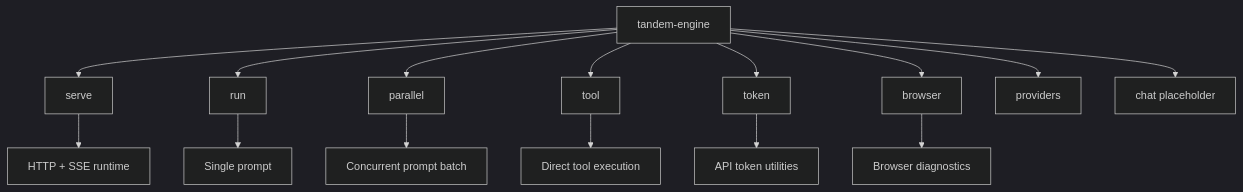
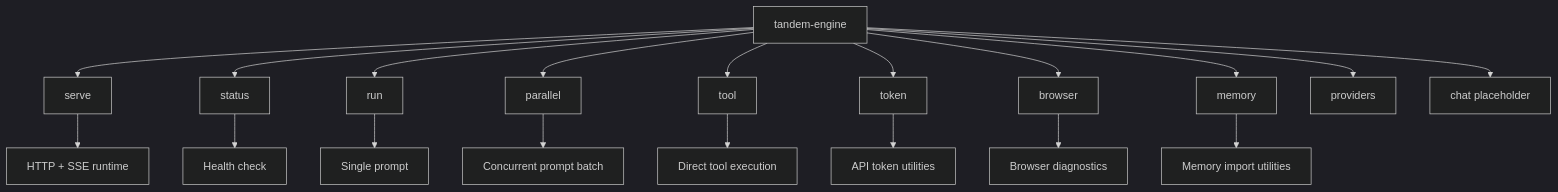
Before and after one commit to szjhtz/tandem: the diagram in guide/src/content/docs/reference/engine-commands.md, drawn with Mermaid (dark theme). The commit also changed other lines of this file and 6 other files, not shown here.

````diff
--- a/guide/src/content/docs/reference/engine-commands.md
+++ b/guide/src/content/docs/reference/engine-commands.md
@@ -9,18 +9,22 @@
 ```mermaid
 flowchart TD
   ROOT[tandem-engine] --> SERVE[serve]
+  ROOT --> STATUS[status]
   ROOT --> RUN[run]
   ROOT --> PAR[parallel]
   ROOT --> TOOL[tool]
   ROOT --> TOKEN[token]
   ROOT --> BROWSER[browser]
+  ROOT --> MEMORY[memory]
   ROOT --> PROV[providers]
   ROOT --> CHAT[chat placeholder]
 
   SERVE --> API[HTTP + SSE runtime]
+  STATUS --> HEALTH[Health check]
   RUN --> ONE[Single prompt]
   PAR --> MANY[Concurrent prompt batch]
   TOOL --> DIRECT[Direct tool execution]
   TOKEN --> AUTH[API token utilities]
   BROWSER --> DIAG[Browser diagnostics]
+  MEMORY --> IMPORT[Memory import utilities]
 ```
````
